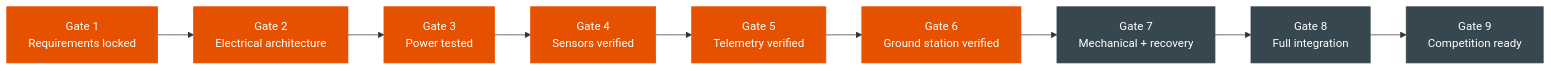
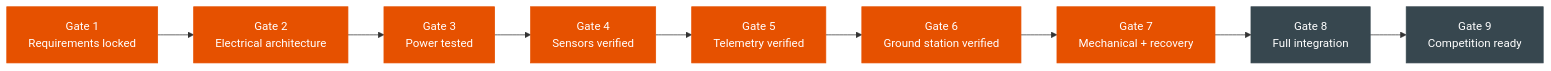
One commit to KunjSorathiya/CanSat-2026 changed the third of 4 diagrams in documentation/project/timeline.md. Above: the diagram before and after it, drawn with Mermaid. The commit also changed other lines of this file and 27 other files, not shown here.

````diff
--- a/documentation/project/timeline.md
+++ b/documentation/project/timeline.md
@@ -203,17 +212,17 @@
 ```mermaid
 flowchart LR
     G1["Gate 1<br/>Requirements locked"] --> G2["Gate 2<br/>Electrical architecture"]
     G2 --> G3["Gate 3<br/>Power tested"]
     G3 --> G4["Gate 4<br/>Sensors verified"]
     G4 --> G5["Gate 5<br/>Telemetry verified"]
     G5 --> G6["Gate 6<br/>Ground station verified"]
     G6 --> G7["Gate 7<br/>Mechanical + recovery"]
     G7 --> G8["Gate 8<br/>Full integration"]
     G8 --> G9["Gate 9<br/>Competition ready"]
 
     classDef done fill:#1b5e20,stroke:#1b5e20,color:#fff
     classDef partial fill:#e65100,stroke:#e65100,color:#fff
     classDef todo fill:#37474f,stroke:#37474f,color:#fff
-    class G1,G2,G3,G4,G5,G6 partial
-    class G7,G8,G9 todo
+    class G1,G2,G3,G4,G5,G6,G7 partial
+    class G8,G9 todo
 ```
````
